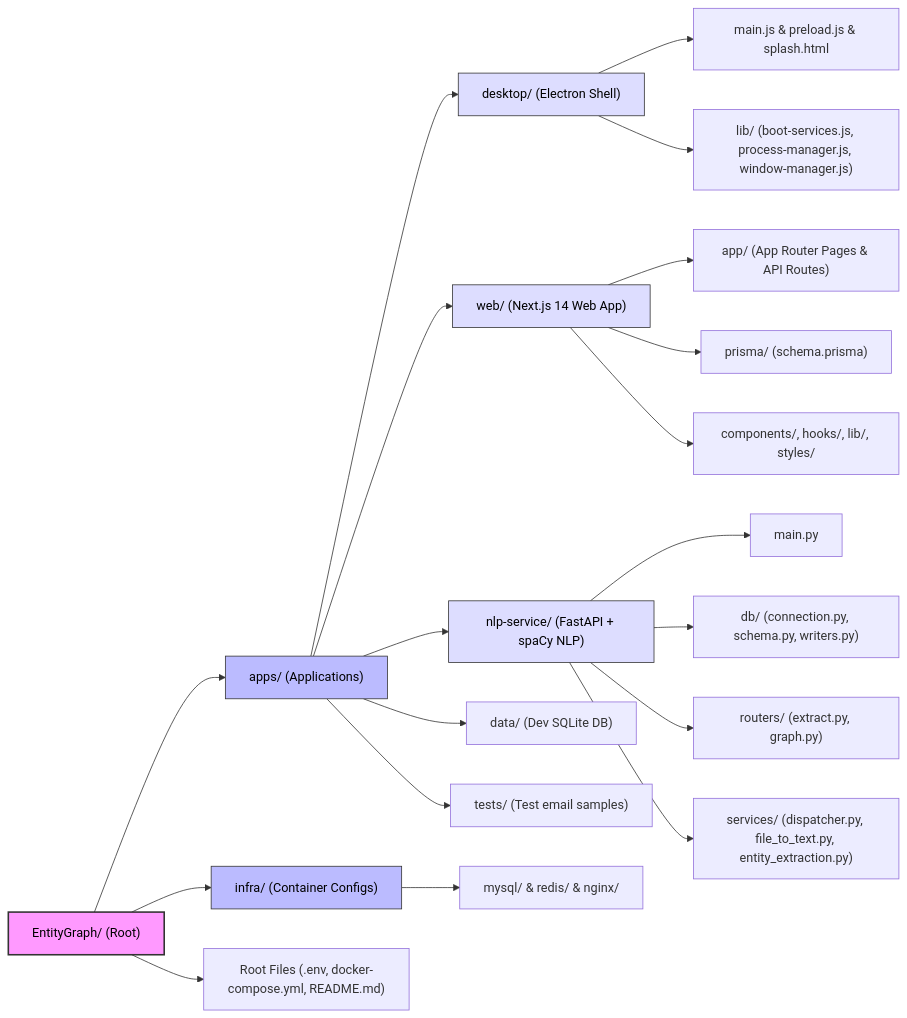
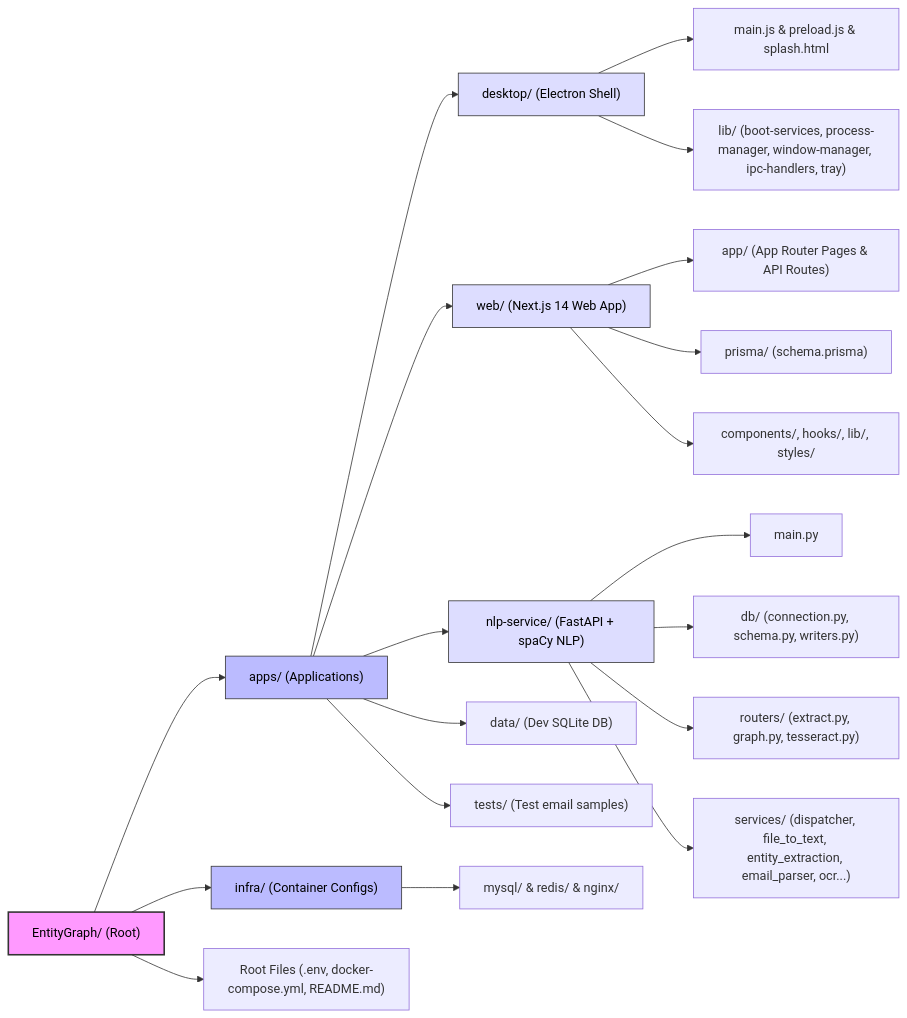
Before and after one commit to therealmaxence/Hackmanite: the second of 5 diagrams in wiki/9_Project_Architecture.md, drawn with Mermaid. The commit also changed other lines of this file, not shown here.

Commit message:
docs(wiki): update 9_Project_Architecture.md to reflect current codebase

````diff
--- a/wiki/9_Project_Architecture.md
+++ b/wiki/9_Project_Architecture.md
@@ -83,33 +92,33 @@
 ```mermaid
 graph LR
     Root["EntityGraph/ (Root)"] --> Apps["apps/ (Applications)"]
     Root --> Infra["infra/ (Container Configs)"]
     Root --> RootFiles["Root Files (.env, docker-compose.yml, README.md)"]
 
     Apps --> Desktop["desktop/ (Electron Shell)"]
     Apps --> Web["web/ (Next.js 14 Web App)"]
     Apps --> NLP["nlp-service/ (FastAPI + spaCy NLP)"]
     Apps --> DevData["data/ (Dev SQLite DB)"]
     Apps --> Tests["tests/ (Test email samples)"]
 
     Desktop --> DMain["main.js & preload.js & splash.html"]
-    Desktop --> DLib["lib/ (boot-services.js, process-manager.js, window-manager.js)"]
+    Desktop --> DLib["lib/ (boot-services, process-manager, window-manager, ipc-handlers, tray)"]
 
     Web --> WApp["app/ (App Router Pages & API Routes)"]
     Web --> WPrisma["prisma/ (schema.prisma)"]
     Web --> WComp["components/, hooks/, lib/, styles/"]
 
     NLP --> NMain["main.py"]
     NLP --> NDb["db/ (connection.py, schema.py, writers.py)"]
-    NLP --> NRoutes["routers/ (extract.py, graph.py)"]
-    NLP --> NSvc["services/ (dispatcher.py, file_to_text.py, entity_extraction.py)"]
+    NLP --> NRoutes["routers/ (extract.py, graph.py, tesseract.py)"]
+    NLP --> NSvc["services/ (dispatcher, file_to_text, entity_extraction, email_parser, ocr...)"]
 
     Infra --> IDb["mysql/ & redis/ & nginx/"]
 
     style Root fill:#f9f,stroke:#333,stroke-width:2px,color:#000
     style Apps fill:#bbf,stroke:#333,stroke-width:1px,color:#000
     style Infra fill:#bbf,stroke:#333,stroke-width:1px,color:#000
     style Desktop fill:#ddf,stroke:#333,stroke-width:1px,color:#000
     style Web fill:#ddf,stroke:#333,stroke-width:1px,color:#000
     style NLP fill:#ddf,stroke:#333,stroke-width:1px,color:#000
 ```
````
